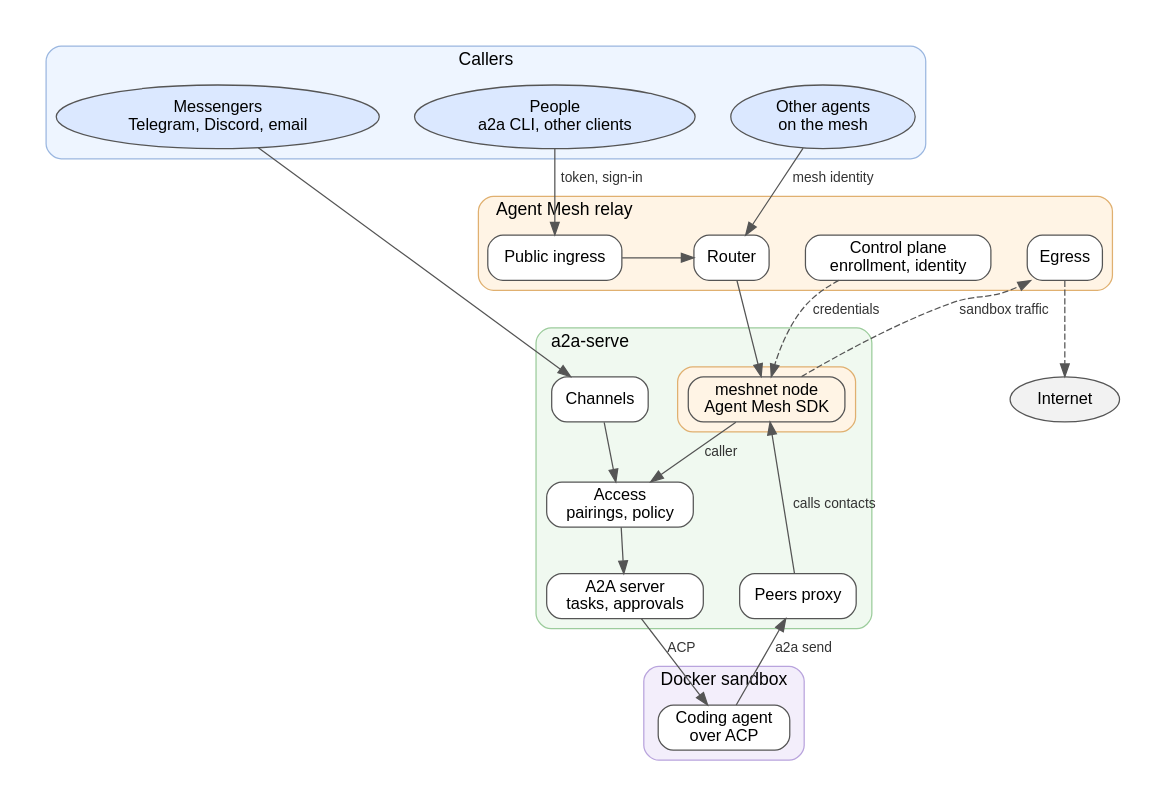
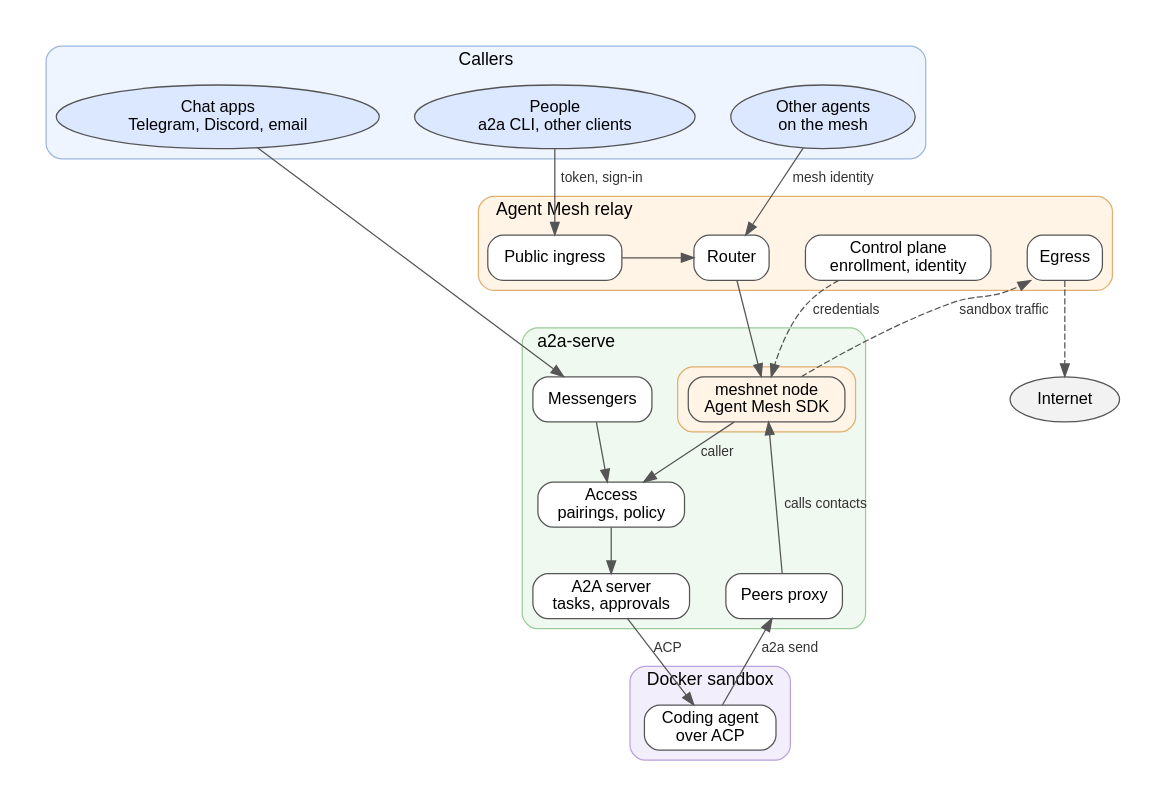
One commit to a2aproject/a2a-serve changed the diagram in docs/graphs/agentmesh.dot. Above: the diagram before and after it, drawn with Graphviz. The commit also changed 230 other files, not shown here.

First line of the commit message:
refactor!: rename channels to messengers (#256)

```diff
--- a/docs/graphs/agentmesh.dot
+++ b/docs/graphs/agentmesh.dot
@@ -1,67 +1,67 @@
 // a2a-serve on Agent Mesh, in the style of readme-overview.dot. Agent Mesh
 // (orange) is the network, identity, ingress and egress; a2a-serve (green)
 // is everything about the agent. meshnet is Agent Mesh code running inside
 // the a2a-serve process.
 // Render: docs/graphs/render.sh agentmesh.dot
 digraph agentmesh {
   rankdir=TB;
   graph [fontname="Helvetica", nodesep=0.4, ranksep=0.5, pad=0.3, newrank=true];
   node  [fontname="Helvetica", fontsize=13, shape=box, style="rounded,filled", fillcolor="#ffffff", color="#555555"];
   edge  [fontname="Helvetica", fontsize=11, color="#555555", fontcolor="#333333"];
 
   subgraph cluster_callers {
     label="Callers"; style="rounded,filled"; fillcolor="#eef5ff"; color="#9bb7e0";
     { rank=same;
       People    [label="People\na2a CLI, other clients", shape=ellipse, fillcolor="#dbe8ff"];
       Agents    [label="Other agents\non the mesh", shape=ellipse, fillcolor="#dbe8ff"];
-      Messenger [label="Messengers\nTelegram, Discord, email", shape=ellipse, fillcolor="#dbe8ff"];
+      Messenger [label="Chat apps\nTelegram, Discord, email", shape=ellipse, fillcolor="#dbe8ff"];
     }
   }
 
   subgraph cluster_mesh {
     label="Agent Mesh relay"; labeljust=l; style="rounded,filled"; fillcolor="#fff4e5"; color="#e0b070";
     { rank=same;
       Ingress [label="Public ingress"];
       Router  [label="Router"];
       Control [label="Control plane\nenrollment, identity"];
       Egress  [label="Egress"];
     }
   }
 
   subgraph cluster_server {
     label="a2a-serve"; labeljust=l; style="rounded,filled"; fillcolor="#f0f9f0"; color="#9ccc9c";
     subgraph cluster_meshnet {
       label=""; style="rounded,filled"; fillcolor="#fff4e5"; color="#e0b070";
       Meshnet [label="meshnet node\nAgent Mesh SDK", fillcolor="#fff4e5"];
     }
-    Channels [label="Channels"];
+    Messengers [label="Messengers"];
     Access   [label="Access\npairings, policy"];
     Core     [label="A2A server\ntasks, approvals"];
     Proxy    [label="Peers proxy"];
-    { rank=same; Meshnet; Channels; }
+    { rank=same; Meshnet; Messengers; }
     { rank=same; Access; }
     { rank=same; Core; Proxy; }
   }
 
   subgraph cluster_sandbox {
     label="Docker sandbox"; labeljust=l; style="rounded,filled"; fillcolor="#f3eefb"; color="#b9a4dd";
     Harness [label="Coding agent\nover ACP"];
   }
 
   Internet [label="Internet", shape=ellipse, fillcolor="#f2f2f2"];
 
   People -> Ingress [label="token, sign-in"];
   Agents -> Router [label="mesh identity"];
-  Messenger -> Channels;
+  Messenger -> Messengers;
   Ingress -> Router;
   Control -> Meshnet [label="credentials", style=dashed];
   Router -> Meshnet;
   Meshnet -> Access [label="caller"];
-  Channels -> Access;
+  Messengers -> Access;
   Access -> Core;
   Core -> Harness [label="ACP"];
   Harness -> Proxy [label="a2a send"];
   Proxy -> Meshnet [label="calls contacts"];
   Meshnet -> Egress [label="sandbox traffic", style=dashed];
   Egress -> Internet [style=dashed];
 }
```
